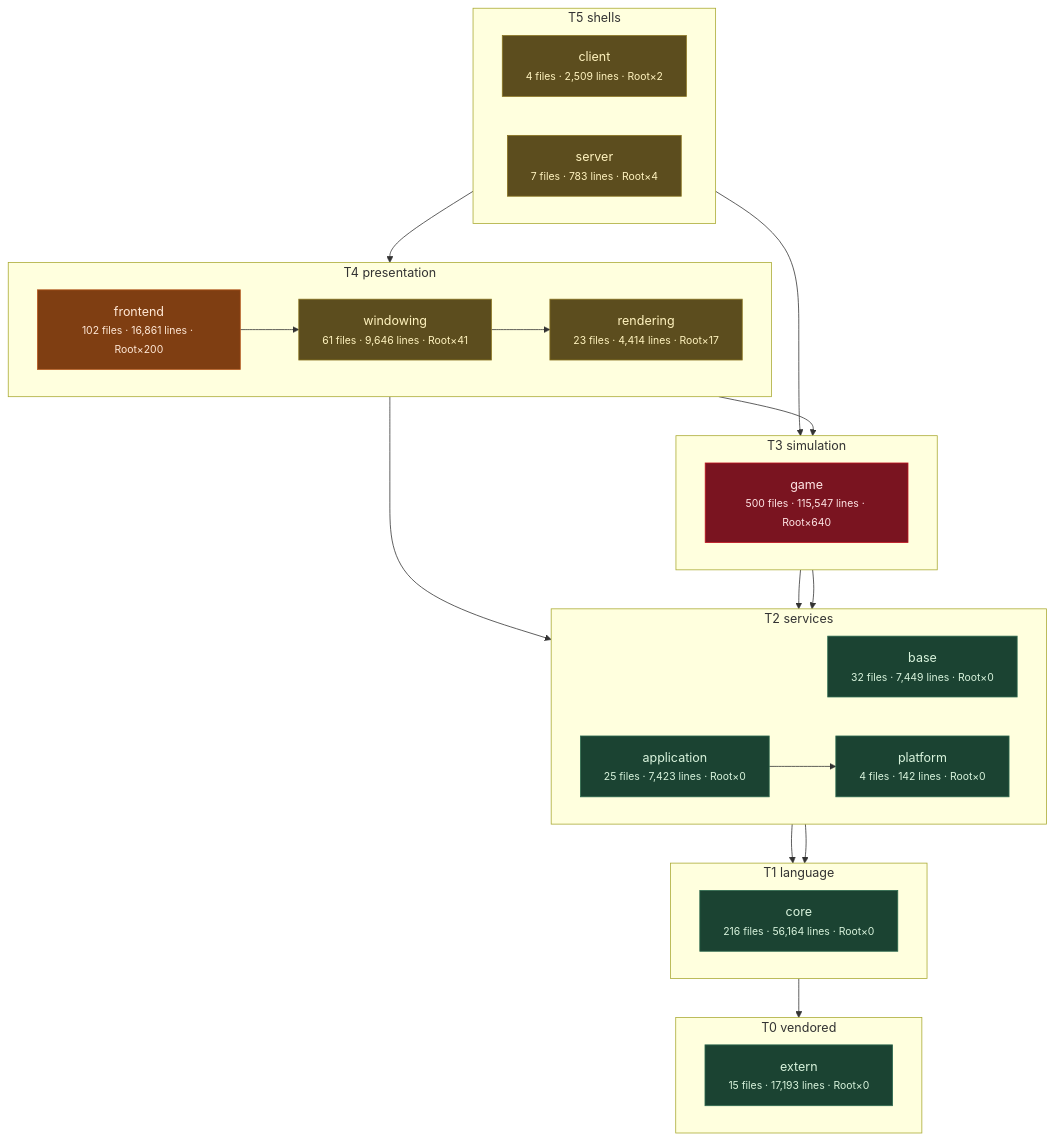
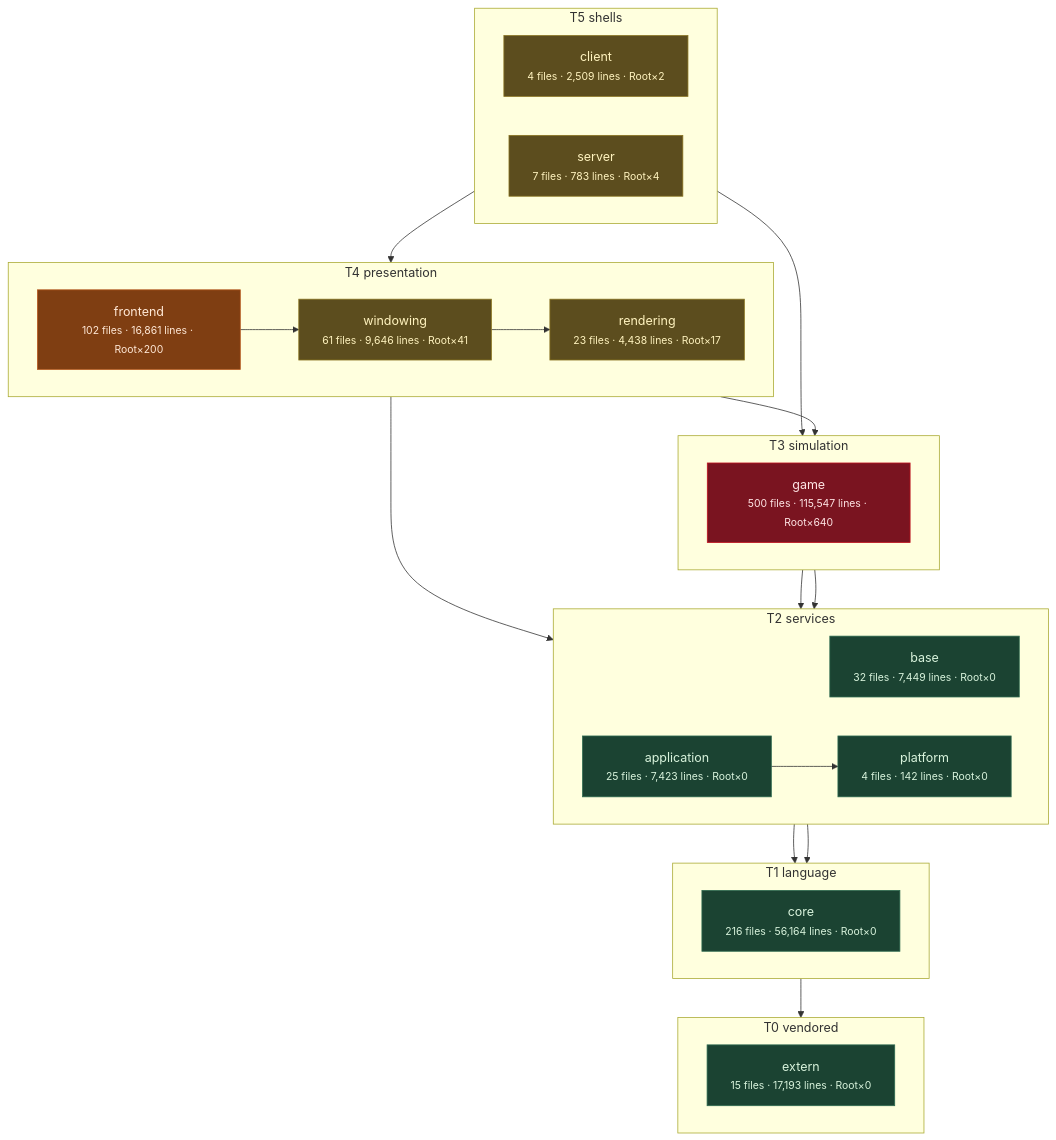
Before and after one commit to apnex/OpenStarbound: the third of 11 diagrams in docs/architecture/system-boundaries.md, drawn with Mermaid. The commit also changed other lines of this file and 1 other file, not shown here.

````diff
--- a/docs/architecture/system-boundaries.md
+++ b/docs/architecture/system-boundaries.md
@@ -270,52 +270,52 @@
 ```mermaid
 flowchart TD
   subgraph T0["T0 vendored"]
     direction LR
     extern["extern<br/><small>15 files · 17,193 lines · Root×0</small>"]
   end
   subgraph T1["T1 language"]
     direction LR
     core["core<br/><small>216 files · 56,164 lines · Root×0</small>"]
   end
   subgraph T2["T2 services"]
     direction LR
     base["base<br/><small>32 files · 7,449 lines · Root×0</small>"]
     platform["platform<br/><small>4 files · 142 lines · Root×0</small>"]
     application["application<br/><small>25 files · 7,423 lines · Root×0</small>"]
   end
   subgraph T3["T3 simulation"]
     direction LR
     game["game<br/><small>500 files · 115,547 lines · Root×640</small>"]
   end
   subgraph T4["T4 presentation"]
     direction LR
-    rendering["rendering<br/><small>23 files · 4,414 lines · Root×17</small>"]
+    rendering["rendering<br/><small>23 files · 4,438 lines · Root×17</small>"]
     windowing["windowing<br/><small>61 files · 9,646 lines · Root×41</small>"]
     frontend["frontend<br/><small>102 files · 16,861 lines · Root×200</small>"]
   end
   subgraph T5["T5 shells"]
     direction LR
     client["client<br/><small>4 files · 2,509 lines · Root×2</small>"]
     server["server<br/><small>7 files · 783 lines · Root×4</small>"]
   end
   core --> extern
   base --> core
   platform --> core
   application --> platform
   game --> base
   game --> platform
   rendering --> application
   rendering --> game
   windowing --> rendering
   frontend --> windowing
   client --> frontend
   server --> game
   classDef clean fill:#1b4332,stroke:#2d6a4f,color:#d8f3dc
   classDef warm  fill:#5c4d1e,stroke:#8a7420,color:#fff3bf
   classDef hot   fill:#7f3e12,stroke:#b5561b,color:#ffe8d6
   classDef blaze fill:#7a1420,stroke:#c1121f,color:#ffe5e5
   class extern,core,base,platform,application clean
   class rendering,windowing,client,server warm
   class frontend hot
   class game blaze
 ```
````
